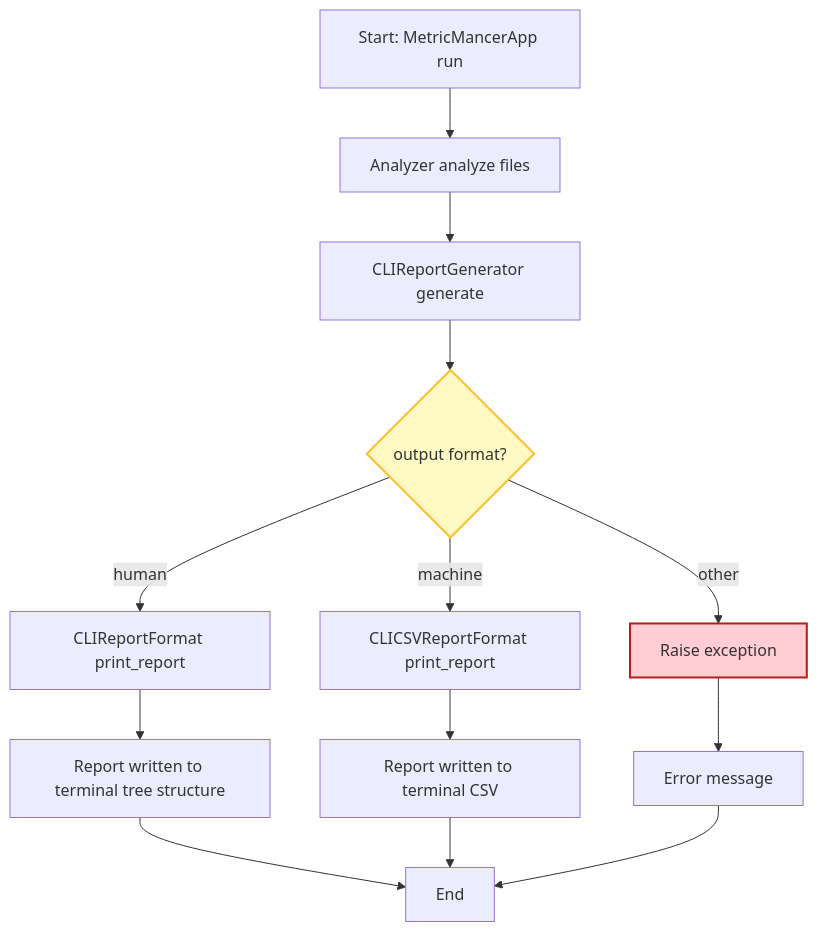
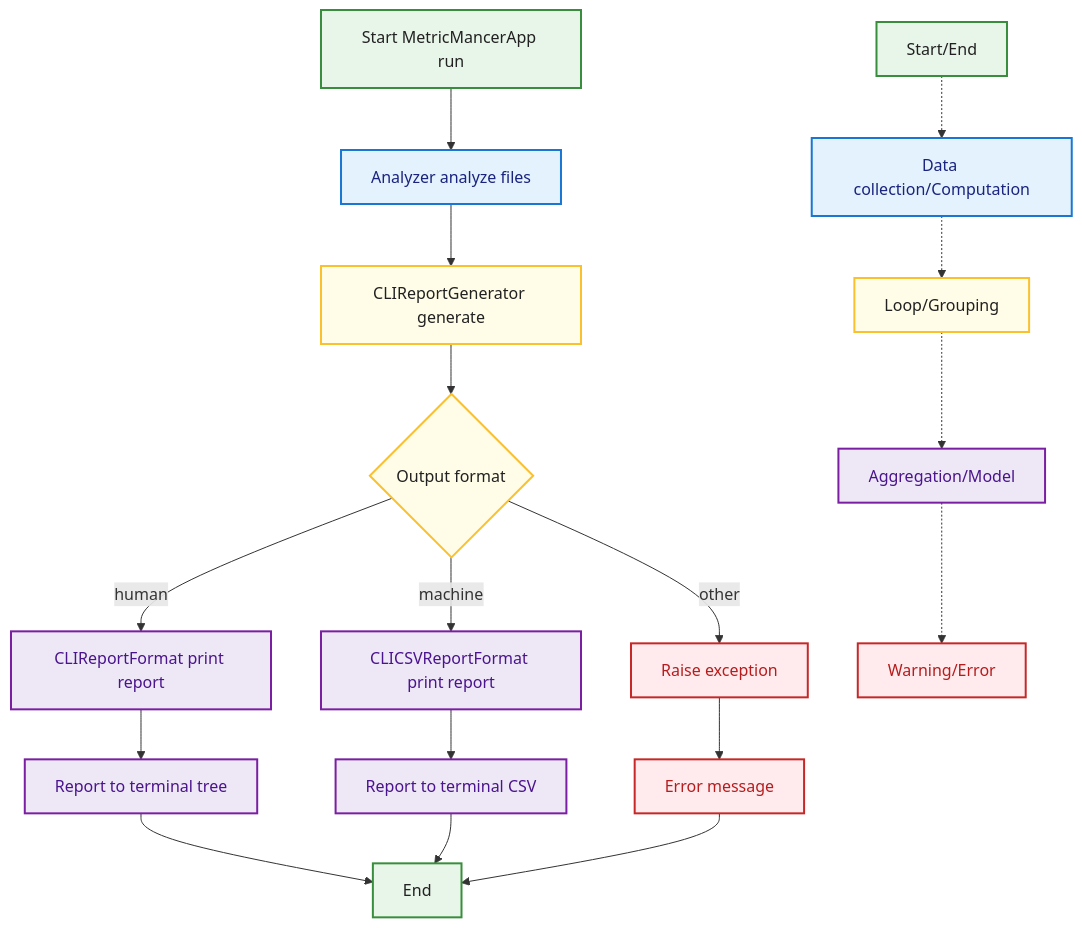
One commit to CmdrPrompt/MetricMancer changed the diagram in mermaid/5_cli_report_flow.md. Above: the diagram before and after it, drawn with Mermaid. The commit also changed other lines of this file and 21 other files, not shown here.

````diff
--- a/mermaid/5_cli_report_flow.md
+++ b/mermaid/5_cli_report_flow.md
@@ -7,20 +5,52 @@
 ```mermaid
-graph TD
-    A[Start: MetricMancerApp run] --> B[Analyzer analyze files]
-    B --> C[CLIReportGenerator generate]
-    C --> D{output format?}
-    D -- human --> E[CLIReportFormat print_report]
-    D -- machine --> F[CLICSVReportFormat print_report]
-    D -- other --> G[Raise exception]
-    E --> H[Report written to terminal tree structure]
-    F --> I[Report written to terminal CSV]
-    G --> J[Error message]
-    H --> K[End]
-    I --> K
-    J --> K
+flowchart TD
+StartCLI[Start MetricMancerApp run]
+StartCLI --> Analyze[Analyzer analyze files]
+Analyze --> CLIGen[CLIReportGenerator generate]
+CLIGen --> FormatSel{Output format}
+FormatSel -- human --> PrintReport[CLIReportFormat print report]
+FormatSel -- machine --> PrintCSV[CLICSVReportFormat print report]
+FormatSel -- other --> RaiseExc[Raise exception]
+PrintReport --> ToTerminal[Report to terminal tree]
+PrintCSV --> ToCSV[Report to terminal CSV]
+RaiseExc --> ErrorMsg[Error message]
+ToTerminal --> EndNode[End]
+ToCSV --> EndNode
+ErrorMsg --> EndNode
+%% Edge cases and error handling can be added as needed
+style StartCLI fill:#e8f5e9,stroke:#388e3c,stroke-width:2px,color:#212121
+style EndNode fill:#e8f5e9,stroke:#388e3c,stroke-width:2px,color:#212121
+style Analyze fill:#e3f2fd,stroke:#1976d2,stroke-width:2px,color:#1a237e
+style CLIGen fill:#fffde7,stroke:#fbc02d,stroke-width:2px,color:#212121
+style FormatSel fill:#fffde7,stroke:#fbc02d,stroke-width:2px,color:#212121
+style PrintReport fill:#ede7f6,stroke:#7b1fa2,stroke-width:2px,color:#4a148c
+style PrintCSV fill:#ede7f6,stroke:#7b1fa2,stroke-width:2px,color:#4a148c
+style ToTerminal fill:#ede7f6,stroke:#7b1fa2,stroke-width:2px,color:#4a148c
+style ToCSV fill:#ede7f6,stroke:#7b1fa2,stroke-width:2px,color:#4a148c
+style RaiseExc fill:#ffebee,stroke:#c62828,stroke-width:2px,color:#b71c1c
+style ErrorMsg fill:#ffebee,stroke:#c62828,stroke-width:2px,color:#b71c1c
 
-    %% Edge cases
-    style D fill:#fff9c4,stroke:#fbc02d,stroke-width:2px
-    style G fill:#ffcdd2,stroke:#b71c1c,stroke-width:2px
-    %% Error handling: unknown format, empty analysis, terminal error
+%% Legend
+    LegendStart[Start/End]:::start
+    LegendCalc[Data collection/Computation]:::calc
+    LegendLoop[Loop/Grouping]:::loop
+    LegendAgg[Aggregation/Model]:::agg
+    LegendWarn[Warning/Error]:::warn
+
+    LegendStart -.-> LegendCalc
+    LegendCalc -.-> LegendLoop
+    LegendLoop -.-> LegendAgg
+    LegendAgg -.-> LegendWarn
+
+    classDef start fill:#e8f5e9,stroke:#388e3c,stroke-width:2px,color:#212121;
+    classDef calc fill:#e3f2fd,stroke:#1976d2,stroke-width:2px,color:#1a237e;
+    classDef loop fill:#fffde7,stroke:#fbc02d,stroke-width:2px,color:#212121;
+    classDef agg fill:#ede7f6,stroke:#7b1fa2,stroke-width:2px,color:#4a148c;
+    classDef warn fill:#ffebee,stroke:#c62828,stroke-width:2px,color:#b71c1c;
+
+    class LegendStart start;
+    class LegendCalc calc;
+    class LegendLoop loop;
+    class LegendAgg agg;
+    class LegendWarn warn;
 ```
````
